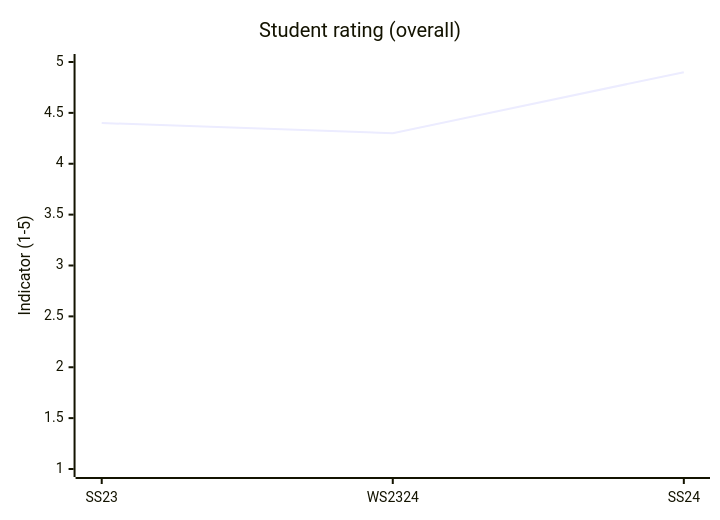
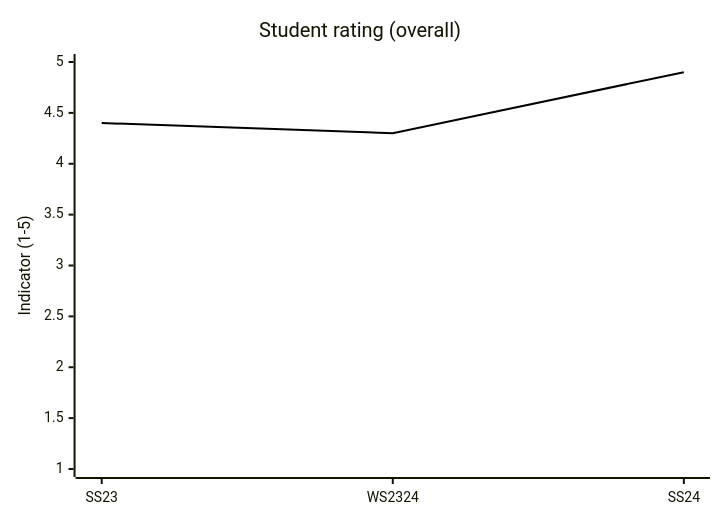
One commit to digital-work-lab/open-source-project changed the first of 2 diagrams in docs/evaluations.md. Above: the diagram before and after it, drawn with Mermaid. The commit also changed other lines of this file, not shown here.

````diff
--- a/docs/evaluations.md
+++ b/docs/evaluations.md
@@ -24,7 +24,8 @@
 ```mermaid
+%%{init: { "themeVariables": {"xyChart": {"plotColorPalette": "#000000", "plotLineWidth": 4} } }}%%
 xychart-beta
     title "Student rating (overall)"
     x-axis [SS23, WS2324, SS24]
     y-axis "Indicator (1-5)" 1 --> 5
     line [4.4, 4.3, 4.9]
 ```
````
